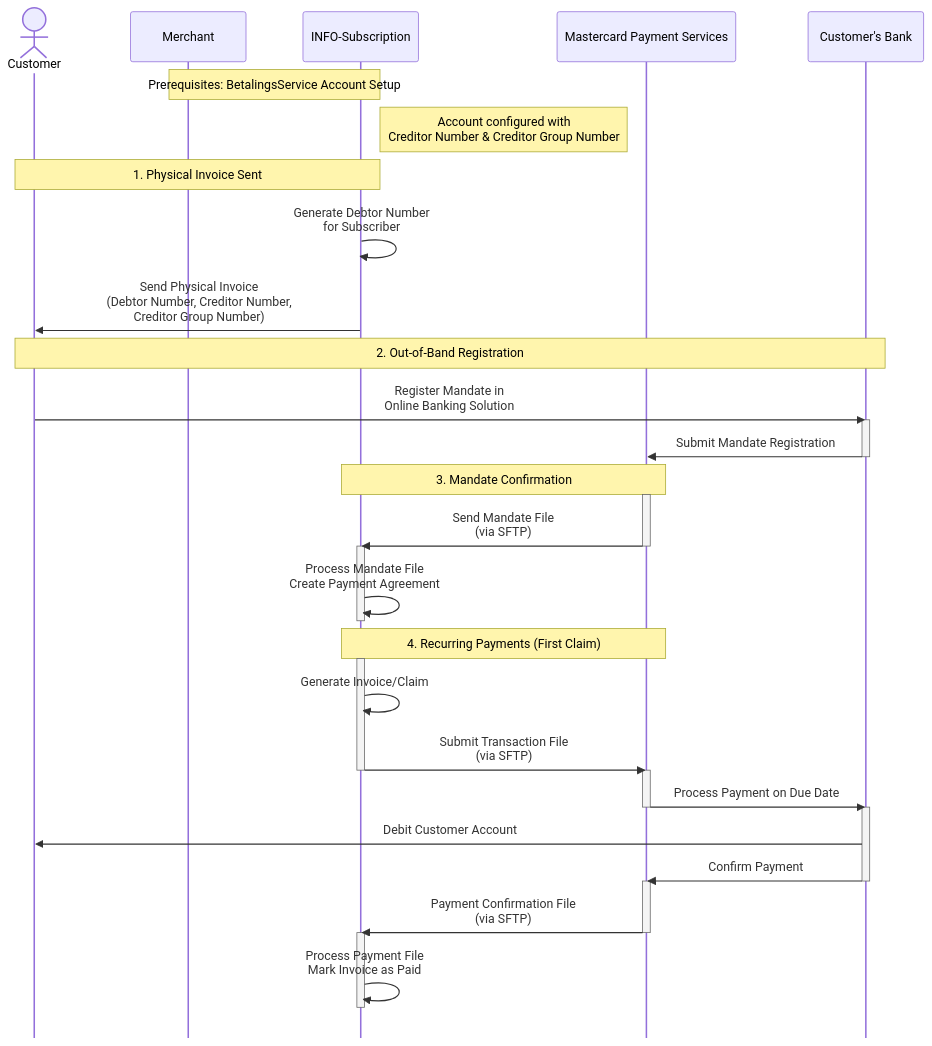
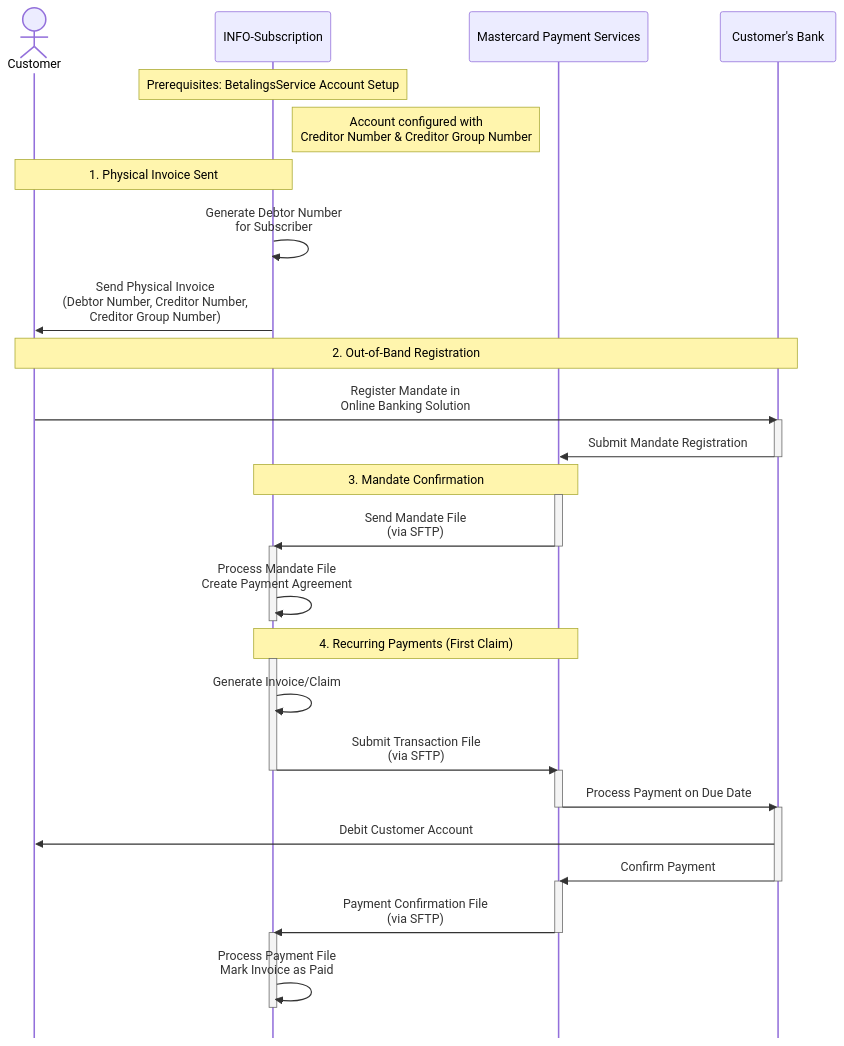
The diagram in source/payments/providers/betalingsservice-mandate-flow.mmd (infosoftas/info-subscription-doc), drawn with Mermaid before and after one commit. The commit also changed 1 other file, not shown here.

Commit message:
Remove unused Merchant participant and improve text clarity

```diff
--- a/source/payments/providers/betalingsservice-mandate-flow.mmd
+++ b/source/payments/providers/betalingsservice-mandate-flow.mmd
@@ -1,51 +1,50 @@
 %%{init: { 'sequence': { 'mirrorActors': false } } }%%
 sequenceDiagram
     actor Customer
-    participant Merchant
     participant INFO as INFO-Subscription
     participant MPS as Mastercard Payment Services
     participant Bank as Customer's Bank
 
-    Note over Merchant,INFO: Prerequisites: BetalingsService Account Setup
+    Note over INFO: Prerequisites: BetalingsService Account Setup
     Note right of INFO: Account configured with<br/>Creditor Number & Creditor Group Number
     
     Note over INFO,Customer: 1. Physical Invoice Sent
     INFO->>INFO: Generate Debtor Number<br/>for Subscriber
     INFO->>Customer: Send Physical Invoice<br/>(Debtor Number, Creditor Number,<br/>Creditor Group Number)
     
     Note over Customer,Bank: 2. Out-of-Band Registration
     Customer->>Bank: Register Mandate in<br/>Online Banking Solution
     activate Bank
     Bank->>MPS: Submit Mandate Registration
     deactivate Bank
     
     Note over MPS,INFO: 3. Mandate Confirmation
     activate MPS
     MPS->>INFO: Send Mandate File<br/>(via SFTP)
     deactivate MPS
     activate INFO
     INFO->>INFO: Process Mandate File<br/>Create Payment Agreement
     deactivate INFO
     
     Note over INFO,MPS: 4. Recurring Payments (First Claim)
     activate INFO
     INFO->>INFO: Generate Invoice/Claim
     INFO->>MPS: Submit Transaction File<br/>(via SFTP)
     deactivate INFO
     
     activate MPS
     MPS->>Bank: Process Payment on Due Date
     deactivate MPS
     
     activate Bank
     Bank->>Customer: Debit Customer Account
     Bank->>MPS: Confirm Payment
     deactivate Bank
     
     activate MPS
     MPS->>INFO: Payment Confirmation File<br/>(via SFTP)
     deactivate MPS
     
     activate INFO
     INFO->>INFO: Process Payment File<br/>Mark Invoice as Paid
     deactivate INFO
```
